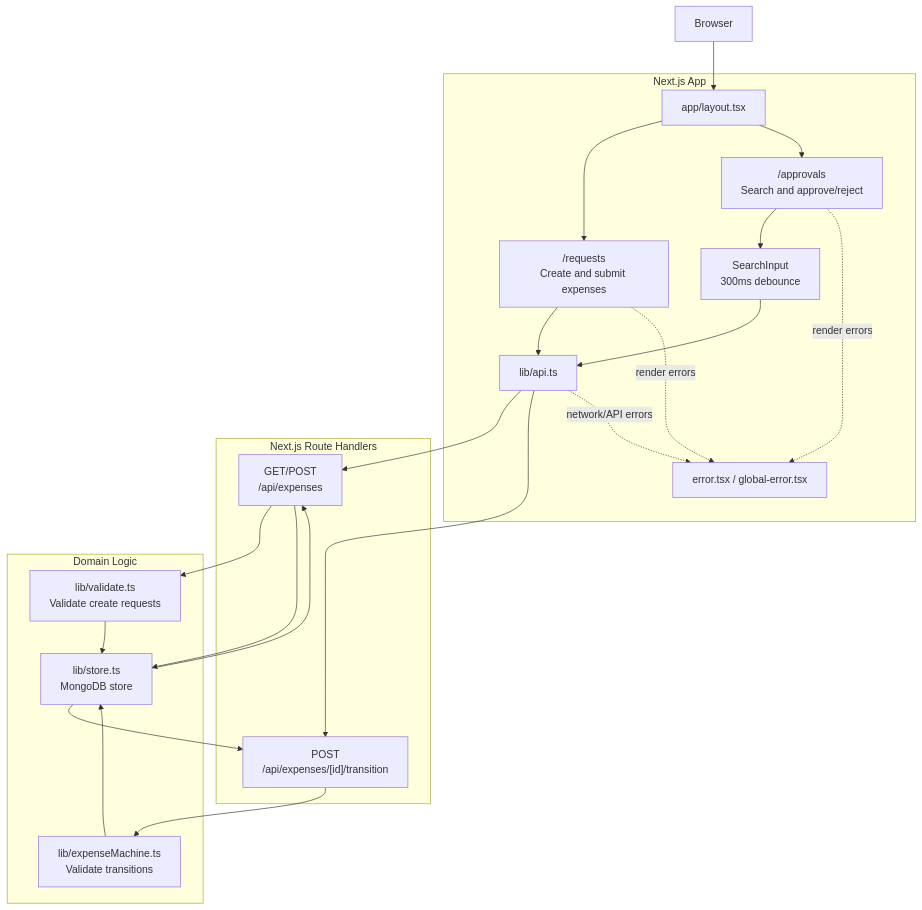
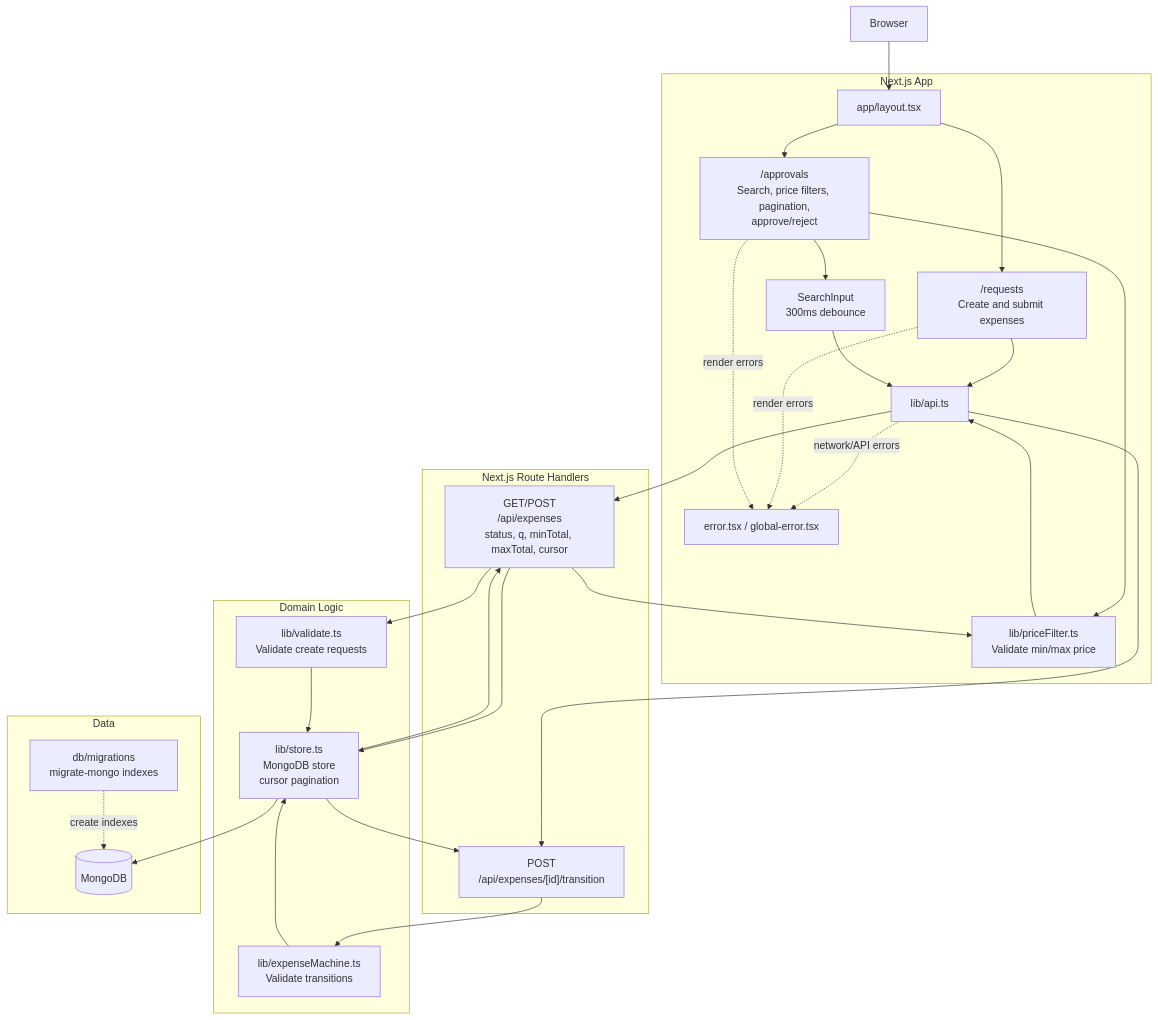
The first of 2 diagrams in README.md (violeta-angelescu/expenses-workflow), drawn with Mermaid before and after one commit. The commit also changed other lines of this file, not shown here.

````diff
--- a/README.md
+++ b/README.md
@@ -31,43 +40,54 @@
 ```mermaid
 flowchart TD
     Browser["Browser"]
 
     subgraph NextJS["Next.js App"]
         Layout["app/layout.tsx"]
         Requests["/requests<br/>Create and submit expenses"]
-        Approvals["/approvals<br/>Search and approve/reject"]
+        Approvals["/approvals<br/>Search, price filters, pagination,<br/>approve/reject"]
         Search["SearchInput<br/>300ms debounce"]
+        PriceFilter["lib/priceFilter.ts<br/>Validate min/max price"]
         APIClient["lib/api.ts"]
         Errors["error.tsx / global-error.tsx"]
     end
 
     subgraph API["Next.js Route Handlers"]
-        ExpensesAPI["GET/POST<br/>/api/expenses"]
+        ExpensesAPI["GET/POST<br/>/api/expenses<br/>status, q, minTotal, maxTotal, cursor"]
         TransitionAPI["POST<br/>/api/expenses/[id]/transition"]
     end
 
     subgraph Domain["Domain Logic"]
         Validate["lib/validate.ts<br/>Validate create requests"]
         Machine["lib/expenseMachine.ts<br/>Validate transitions"]
-        Store["lib/store.ts<br/>MongoDB store"]
+        Store["lib/store.ts<br/>MongoDB store<br/>cursor pagination"]
+    end
+
+    subgraph Data["Data"]
+        Migrations["db/migrations<br/>migrate-mongo indexes"]
+        Mongo[("MongoDB")]
     end
 
     Browser --> Layout
     Layout --> Requests
     Layout --> Approvals
     Requests --> APIClient
     Approvals --> Search
+    Approvals --> PriceFilter
     Search --> APIClient
+    PriceFilter --> APIClient
     APIClient --> ExpensesAPI
     APIClient --> TransitionAPI
+    ExpensesAPI --> PriceFilter
     ExpensesAPI --> Validate
     Validate --> Store
     ExpensesAPI --> Store
     TransitionAPI --> Machine
     Machine --> Store
     Store --> ExpensesAPI
     Store --> TransitionAPI
+    Store --> Mongo
+    Migrations -. create indexes .-> Mongo
     APIClient -. network/API errors .-> Errors
     Requests -. render errors .-> Errors
     Approvals -. render errors .-> Errors
 ```
````
